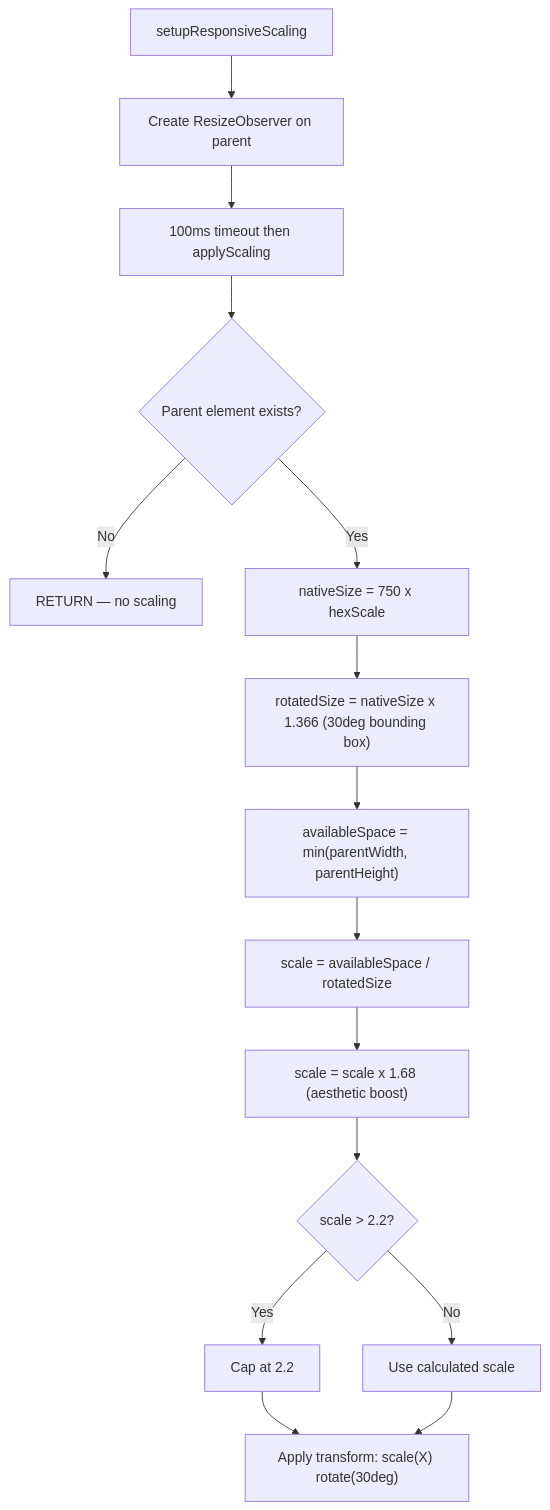
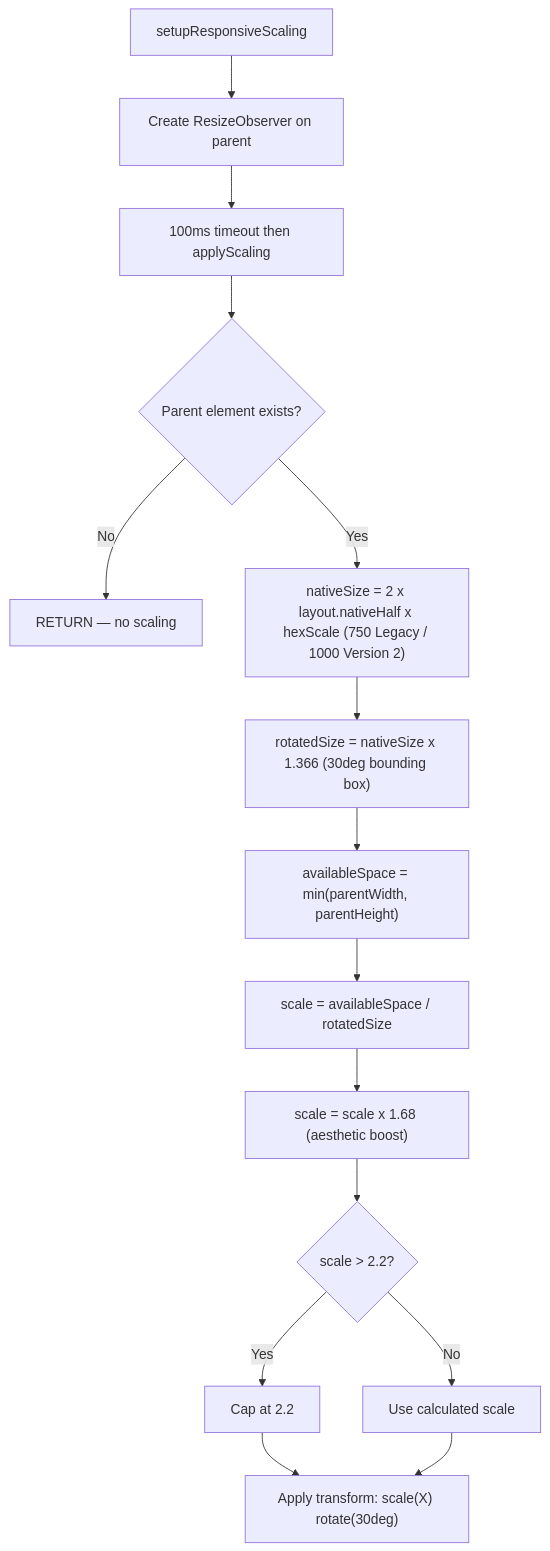
The second of 3 diagrams in BoardGame/docs/architecture/board-renderer.md (LNiitlahti/BoardGame), drawn with Mermaid before and after one commit. The commit also changed other lines of this file and 2 other files, not shown here.

Commit message:
docs: describe Legacy and Version 2 boards in rulebook, README and architecture

````diff
--- a/BoardGame/docs/architecture/board-renderer.md
+++ b/BoardGame/docs/architecture/board-renderer.md
@@ -53,17 +53,17 @@
 ```mermaid
 flowchart TD
     A[setupResponsiveScaling] --> B[Create ResizeObserver on parent]
     B --> C[100ms timeout then applyScaling]
     C --> D{Parent element exists?}
     D -->|No| E[RETURN — no scaling]
-    D -->|Yes| F["nativeSize = 750 x hexScale"]
+    D -->|Yes| F["nativeSize = 2 x layout.nativeHalf x hexScale (750 Legacy / 1000 Version 2)"]
     F --> G["rotatedSize = nativeSize x 1.366 (30deg bounding box)"]
     G --> H["availableSpace = min(parentWidth, parentHeight)"]
     H --> I["scale = availableSpace / rotatedSize"]
     I --> J["scale = scale x 1.68 (aesthetic boost)"]
     J --> K{scale > 2.2?}
     K -->|Yes| L[Cap at 2.2]
     K -->|No| M[Use calculated scale]
     L --> N["Apply transform: scale(X) rotate(30deg)"]
     M --> N
 ```
````
